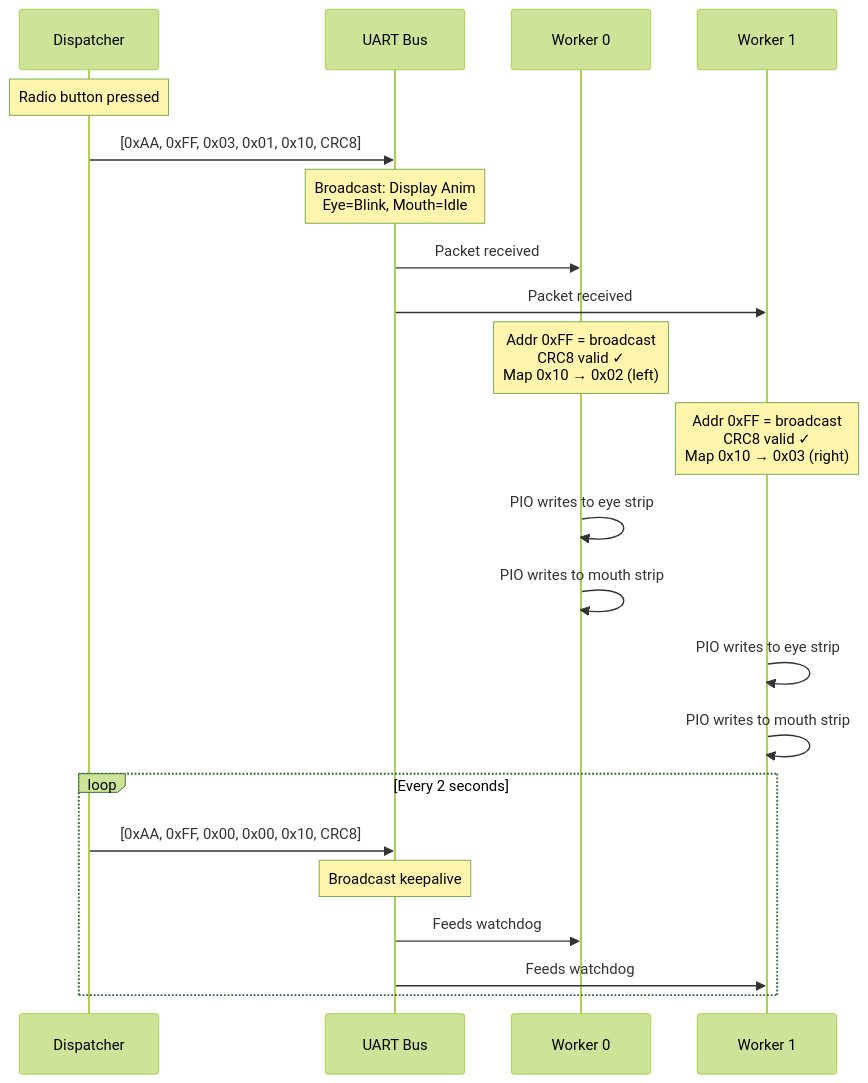
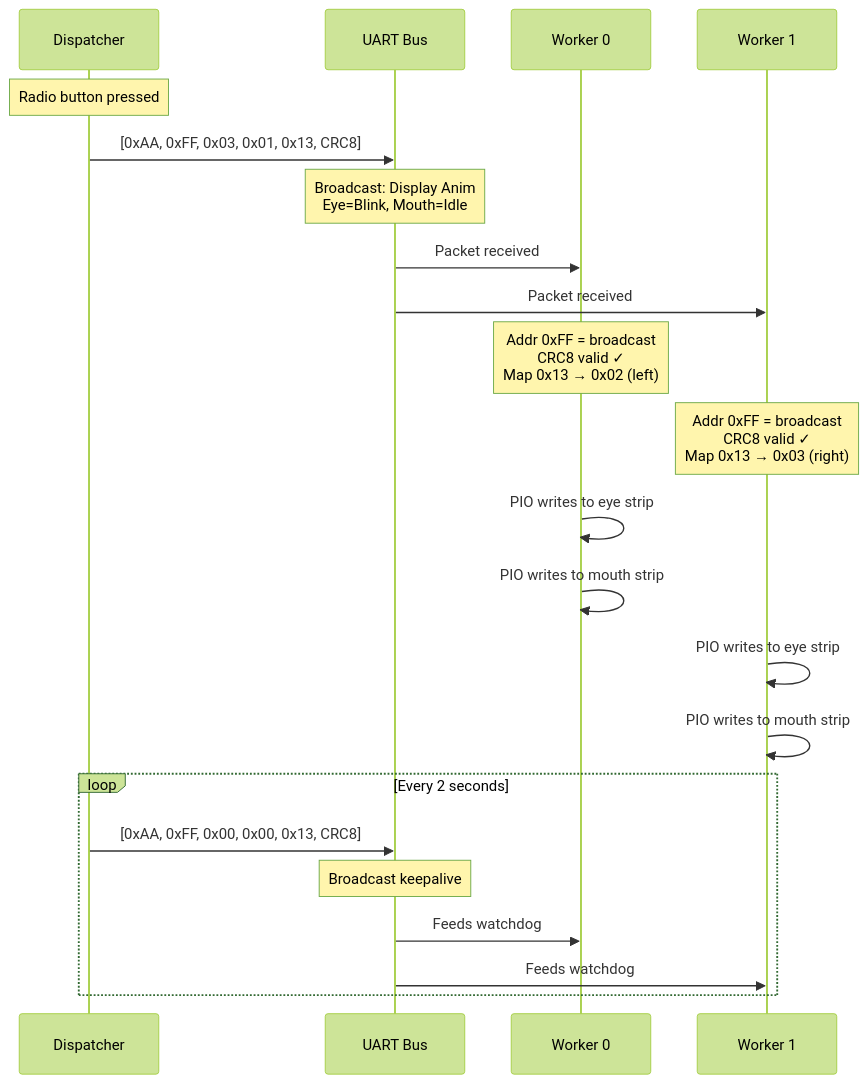
One commit to Nifri2/NOS changed the second of 2 diagrams in README.md. Above: the diagram before and after it, drawn with Mermaid (forest theme). The commit also changed other lines of this file, not shown here.

````diff
--- a/README.md
+++ b/README.md
@@ -77,29 +113,29 @@
 ```mermaid
 sequenceDiagram
     participant D as Dispatcher
     participant B as UART Bus
     participant W0 as Worker 0
     participant W1 as Worker 1
 
     Note over D: Radio button pressed
-    D->>B: [0xAA, 0xFF, 0x03, 0x01, 0x10, CRC8]
+    D->>B: [0xAA, 0xFF, 0x03, 0x01, 0x13, CRC8]
     Note over B: Broadcast: Display Anim<br/>Eye=Blink, Mouth=Idle
 
     B->>W0: Packet received
     B->>W1: Packet received
 
-    Note over W0: Addr 0xFF = broadcast<br/>CRC8 valid ✓<br/>Map 0x10 → 0x02 (left)
-    Note over W1: Addr 0xFF = broadcast<br/>CRC8 valid ✓<br/>Map 0x10 → 0x03 (right)
+    Note over W0: Addr 0xFF = broadcast<br/>CRC8 valid ✓<br/>Map 0x13 → 0x02 (left)
+    Note over W1: Addr 0xFF = broadcast<br/>CRC8 valid ✓<br/>Map 0x13 → 0x03 (right)
 
     W0->>W0: PIO writes to eye strip
     W0->>W0: PIO writes to mouth strip
     W1->>W1: PIO writes to eye strip
     W1->>W1: PIO writes to mouth strip
 
     loop Every 2 seconds
-        D->>B: [0xAA, 0xFF, 0x00, 0x00, 0x10, CRC8]
+        D->>B: [0xAA, 0xFF, 0x00, 0x00, 0x13, CRC8]
         Note over B: Broadcast keepalive
         B->>W0: Feeds watchdog
         B->>W1: Feeds watchdog
     end
 ```
````
